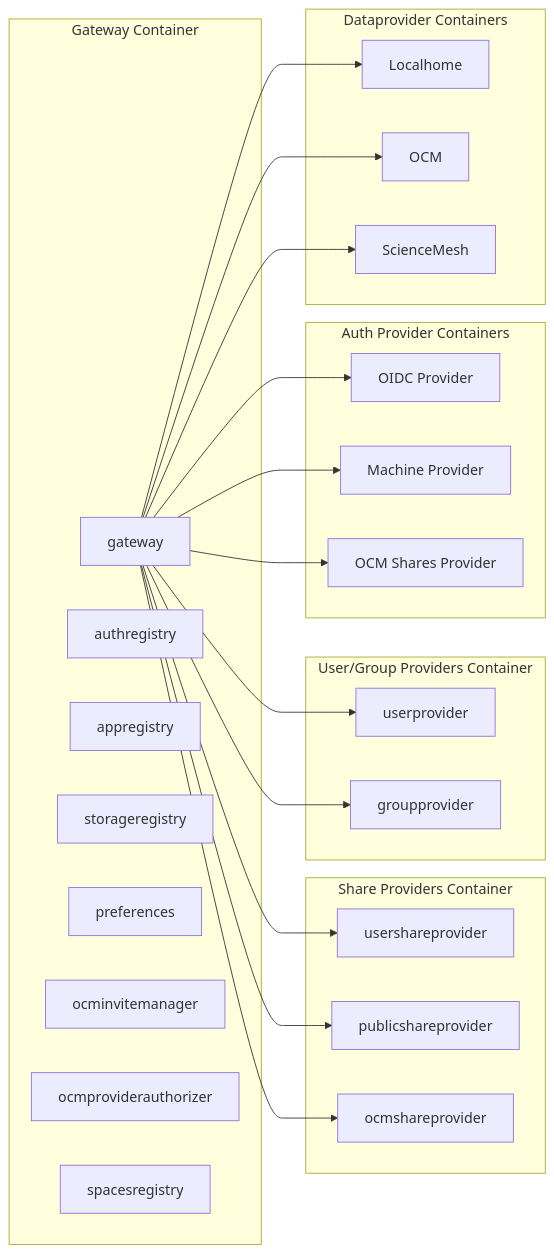
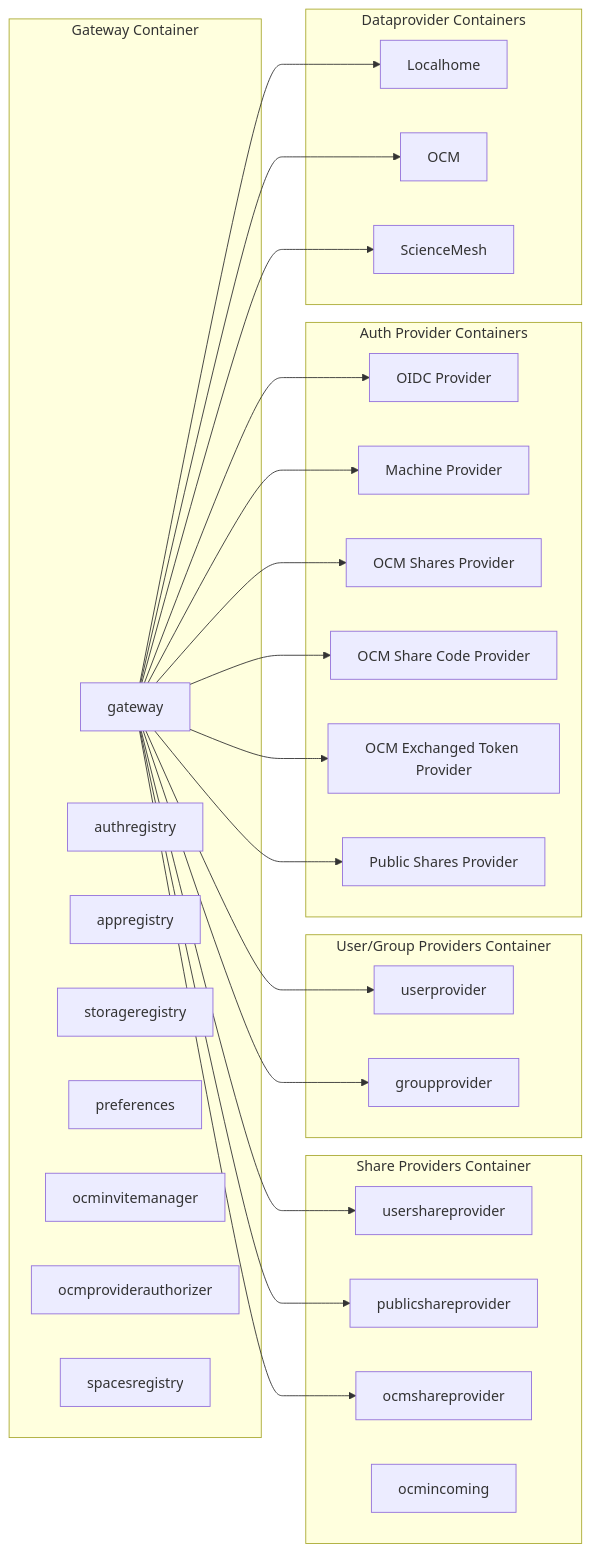
One commit to MahdiBaghbani/containers changed the second of 4 diagrams in services/cernbox-revad/docs/architecture.md. Above: the diagram before and after it, drawn with Mermaid. The commit also changed other lines of this file and 28 other files, not shown here.

````diff
--- a/services/cernbox-revad/docs/architecture.md
+++ b/services/cernbox-revad/docs/architecture.md
@@ -68,48 +74,55 @@
 ```mermaid
 graph LR
     subgraph "Gateway Container"
         G1[gateway]
         G2[authregistry]
         G3[appregistry]
         G4[storageregistry]
         G5[preferences]
         G6[ocminvitemanager]
         G7[ocmproviderauthorizer]
         G8[spacesregistry]
     end
 
     subgraph "Share Providers Container"
         S1[usershareprovider]
         S2[publicshareprovider]
         S3[ocmshareprovider]
+        S4[ocmincoming]
     end
 
     subgraph "User/Group Providers Container"
         U1[userprovider]
         U2[groupprovider]
     end
 
     subgraph "Auth Provider Containers"
         A1[OIDC Provider]
         A2[Machine Provider]
         A3[OCM Shares Provider]
+        A4[OCM Share Code Provider]
+        A5[OCM Exchanged Token Provider]
+        A6[Public Shares Provider]
     end
 
     subgraph "Dataprovider Containers"
         D1[Localhome]
         D2[OCM]
         D3[ScienceMesh]
     end
 
     G1 --> S1
     G1 --> S2
     G1 --> S3
     G1 --> U1
     G1 --> U2
     G1 --> A1
     G1 --> A2
     G1 --> A3
+    G1 --> A4
+    G1 --> A5
+    G1 --> A6
     G1 --> D1
     G1 --> D2
     G1 --> D3
 ```
````
